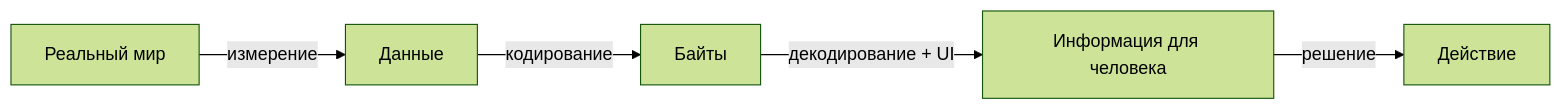
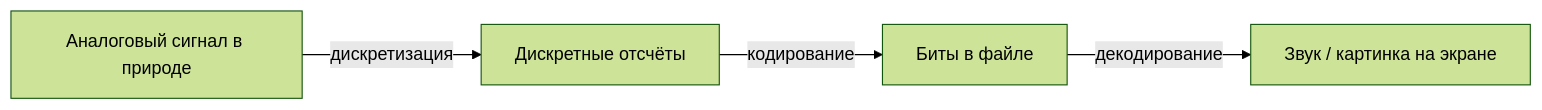
The fifth of 12 diagrams in docs/encyclopedia/1-basics/1-035-bazovaya-informatika/1.md (Spirzen/it-knowledge-base), drawn with Mermaid (forest theme) before and after one commit. The commit also changed other lines of this file and 199 other files, not shown here.

````diff
--- a/docs/encyclopedia/1-basics/1-035-bazovaya-informatika/1.md
+++ b/docs/encyclopedia/1-basics/1-035-bazovaya-informatika/1.md
@@ -565,7 +985,6 @@
 ```mermaid
 flowchart LR
-    R[Реальный мир] -->|измерение| D[Данные]
-    D -->|кодирование| B[Байты]
-    B -->|декодирование + UI| I[Информация для человека]
-    I -->|решение| A[Действие]
+    A[Аналоговый сигнал в природе] -->|дискретизация| D[Дискретные отсчёты]
+    D -->|кодирование| B[Биты в файле]
+    B -->|декодирование| OUT[Звук / картинка на экране]
 ```
````
